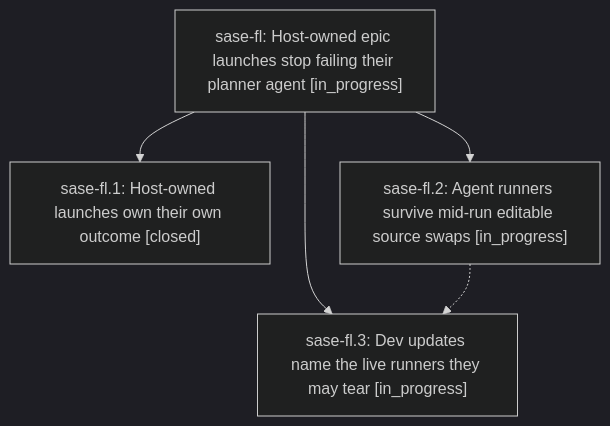
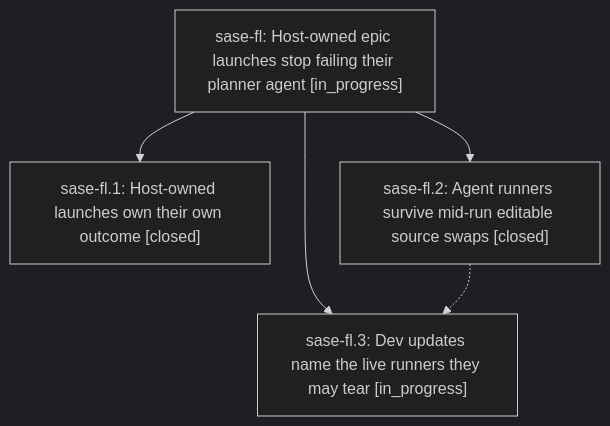
Before and after one commit to sase-org/sase--beads: the diagram in pages/sase-fl/README.md, drawn with Mermaid (dark theme). The commit also changed other lines of this file and 2 other files, not shown here.

First line of the commit message:
chore(beads): sync bead state and pages for sase-fl

````diff
--- a/pages/sase-fl/README.md
+++ b/pages/sase-fl/README.md
@@ -24,11 +24,11 @@
 ```mermaid
 flowchart TD
     n0["sase-fl: Host-owned epic launches stop failing their planner agent [in_progress]"]
     n1["sase-fl.1: Host-owned launches own their own outcome [closed]"]
-    n2["sase-fl.2: Agent runners survive mid-run editable source swaps [in_progress]"]
+    n2["sase-fl.2: Agent runners survive mid-run editable source swaps [closed]"]
     n3["sase-fl.3: Dev updates name the live runners they may tear [in_progress]"]
     n0 --> n1
     n0 --> n2
     n0 --> n3
     n2 -.-> n3
 ```
````
